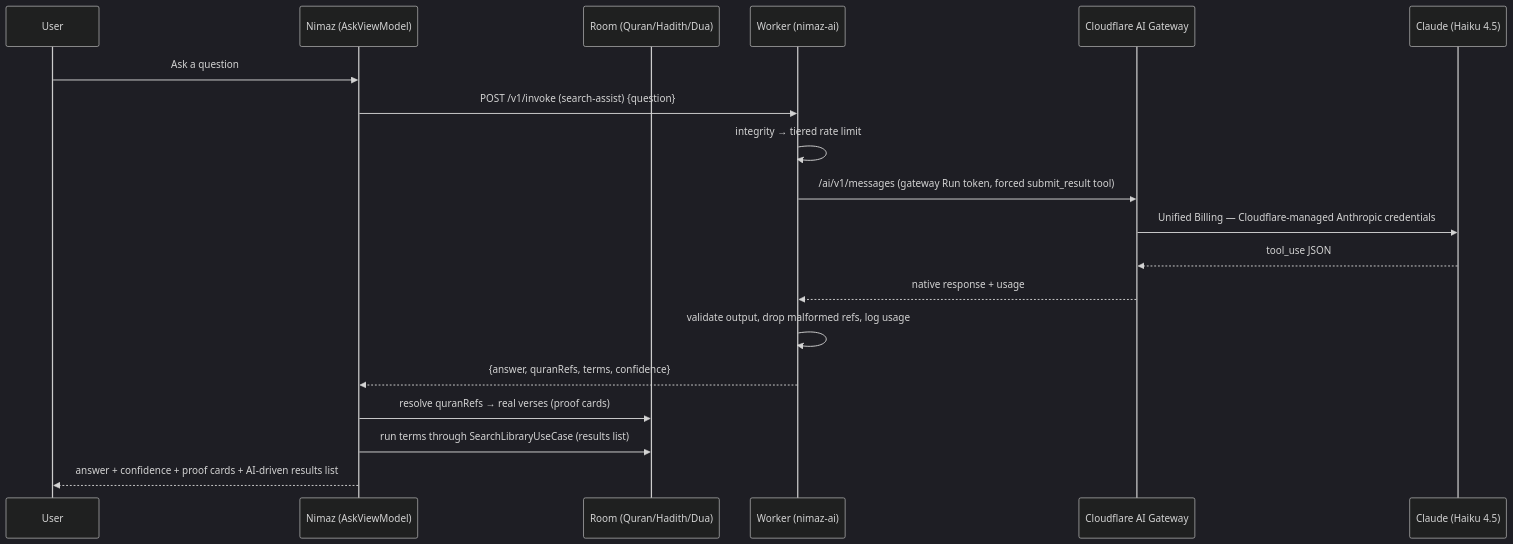
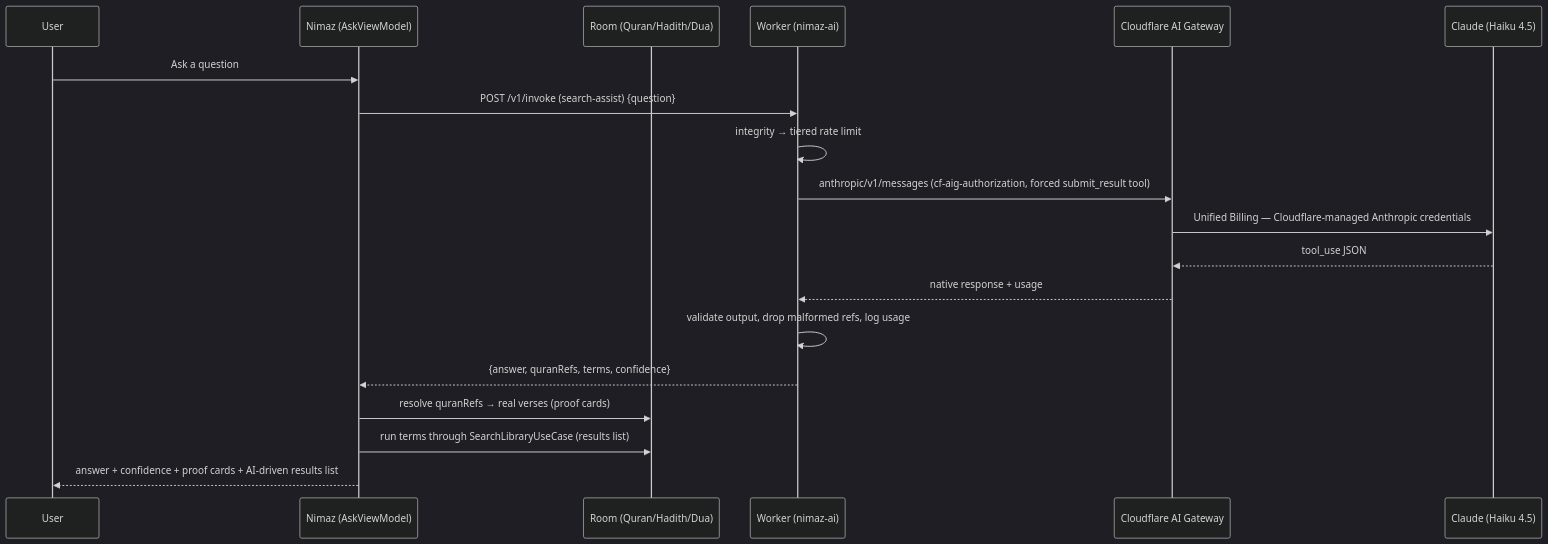
One commit to arshad-shah/Nimaz changed the diagram in docs/ai-ask-with-proof.md. Above: the diagram before and after it, drawn with Mermaid (dark theme). The commit also changed other lines of this file and 5 other files, not shown here.

First line of the commit message:
Use the gateway provider-native endpoint with cf-aig-authorization

````diff
--- a/docs/ai-ask-with-proof.md
+++ b/docs/ai-ask-with-proof.md
@@ -29,22 +29,22 @@
 ```mermaid
 sequenceDiagram
     participant U as User
     participant App as Nimaz (AskViewModel)
     participant Room as Room (Quran/Hadith/Dua)
     participant W as Worker (nimaz-ai)
     participant GW as Cloudflare AI Gateway
     participant C as Claude (Haiku 4.5)
 
     U->>App: Ask a question
     App->>W: POST /v1/invoke (search-assist) {question}
     W->>W: integrity → tiered rate limit
-    W->>GW: /ai/v1/messages (gateway Run token, forced submit_result tool)
+    W->>GW: anthropic/v1/messages (cf-aig-authorization, forced submit_result tool)
     GW->>C: Unified Billing — Cloudflare-managed Anthropic credentials
     C-->>GW: tool_use JSON
     GW-->>W: native response + usage
     W->>W: validate output, drop malformed refs, log usage
     W-->>App: {answer, quranRefs, terms, confidence}
     App->>Room: resolve quranRefs → real verses (proof cards)
     App->>Room: run terms through SearchLibraryUseCase (results list)
     App-->>U: answer + confidence + proof cards + AI-driven results list
 ```
````
